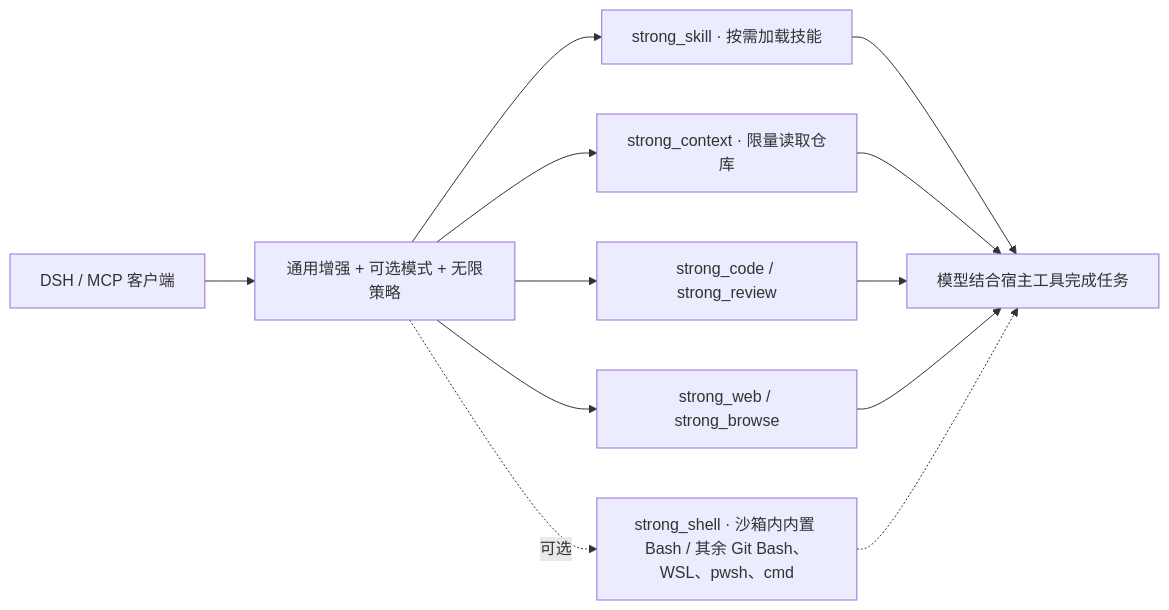
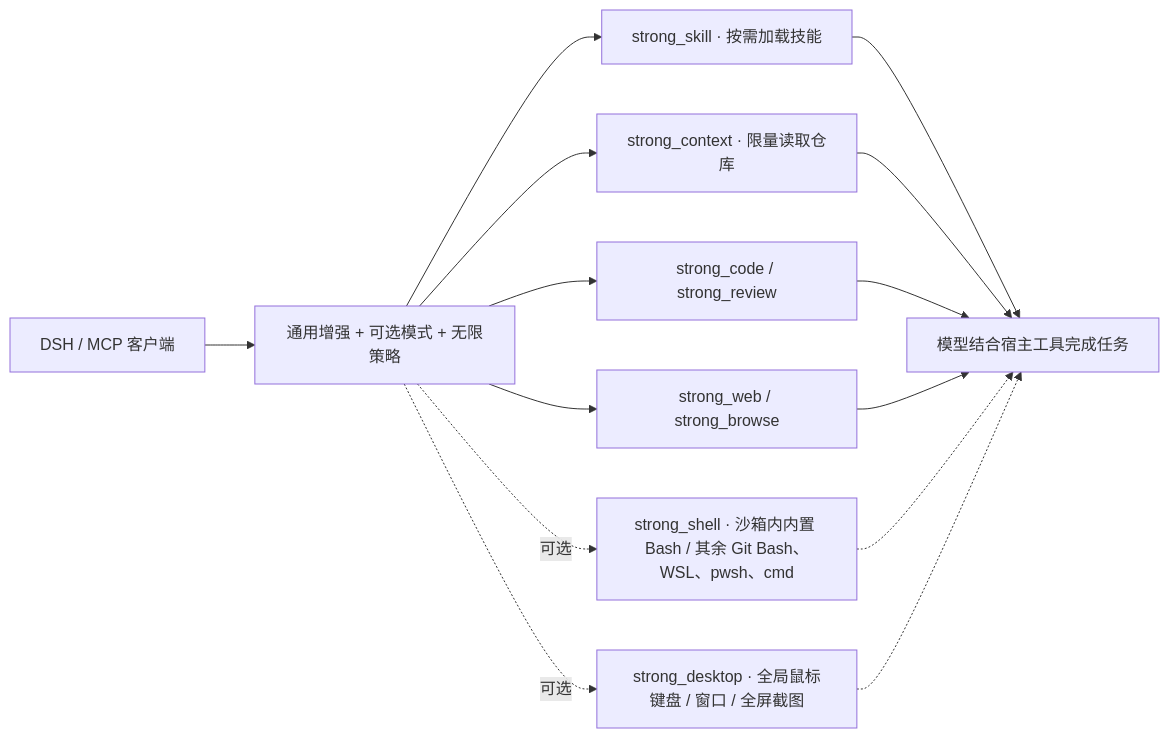
Before and after one commit to wemebabo57-a11y/dsh-mcp-strong-and-skills: the diagram in README.md, drawn with Mermaid. The commit also changed other lines of this file and 50 other files, not shown here.

````diff
--- a/README.md
+++ b/README.md
@@ -317,14 +336,16 @@
 ```mermaid
 flowchart LR
     Host[DSH / MCP 客户端] --> Gateway[通用增强 + 可选模式 + 无限策略]
     Gateway --> Skills[strong_skill · 按需加载技能]
     Gateway --> Context[strong_context · 限量读取仓库]
     Gateway --> Code[strong_code / strong_review]
     Gateway --> Web[strong_web / strong_browse]
     Gateway -.可选.-> Shell[strong_shell · 沙箱内内置 Bash / 其余 Git Bash、WSL、pwsh、cmd]
+    Gateway -.可选.-> Desktop[strong_desktop · 全局鼠标键盘 / 窗口 / 全屏截图]
     Skills --> Model[模型结合宿主工具完成任务]
     Context --> Model
     Code --> Model
     Web --> Model
     Shell -.-> Model
+    Desktop -.-> Model
 ```
````
